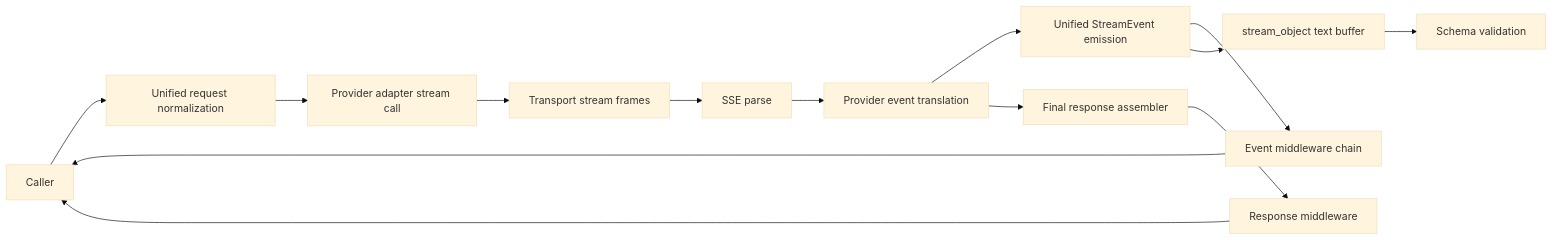
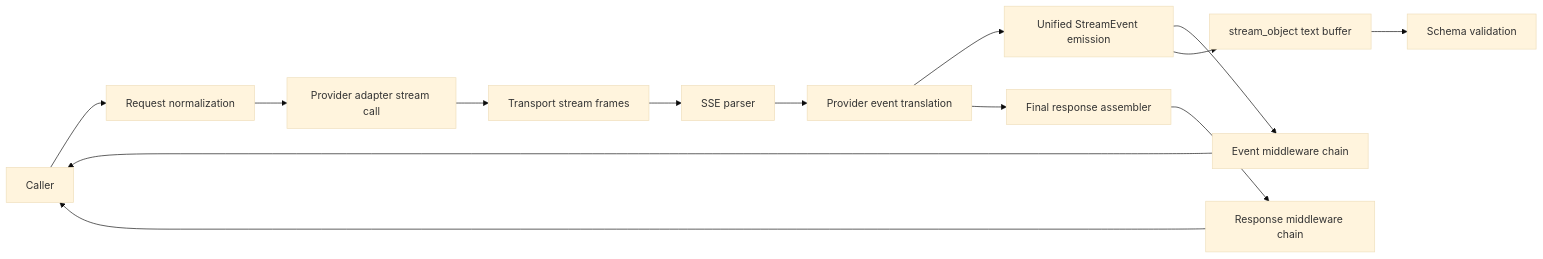
One commit to jaytaylor/attractor-tcl changed the fourth of 5 diagrams in docs/sprints/SPRINT-005-comprehensive-implementation-plan.md. Above: the diagram before and after it, drawn with Mermaid (base theme). The commit also changed other lines of this file, not shown here.

````diff
--- a/docs/sprints/SPRINT-005-comprehensive-implementation-plan.md
+++ b/docs/sprints/SPRINT-005-comprehensive-implementation-plan.md
@@ -723,16 +507,16 @@
 ```mermaid
 flowchart LR
-  U[Caller] --> R[Unified request normalization]
+  U[Caller] --> R[Request normalization]
   R --> P[Provider adapter stream call]
   P --> T[Transport stream frames]
-  T --> S[SSE parse]
+  T --> S[SSE parser]
   S --> X[Provider event translation]
   X --> E[Unified StreamEvent emission]
   E --> M[Event middleware chain]
   M --> U
   X --> A[Final response assembler]
-  A --> Y[Response middleware]
+  A --> Y[Response middleware chain]
   Y --> U
   E --> O[stream_object text buffer]
   O --> Z[Schema validation]
 ```
````
